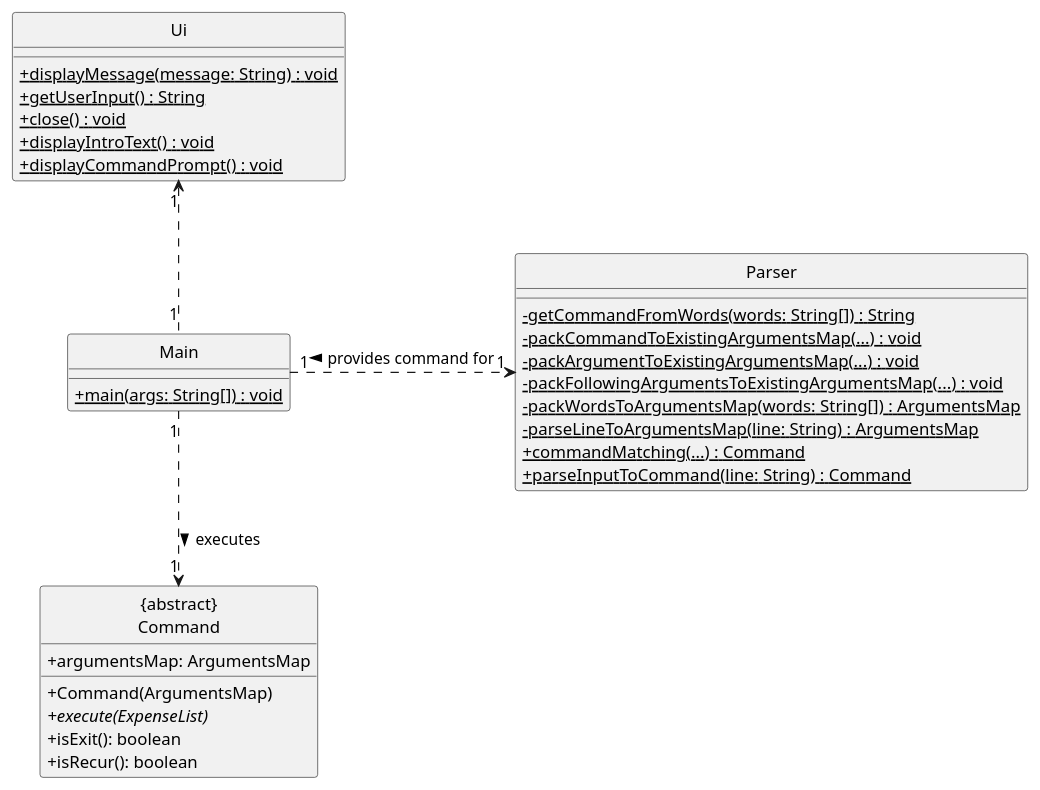
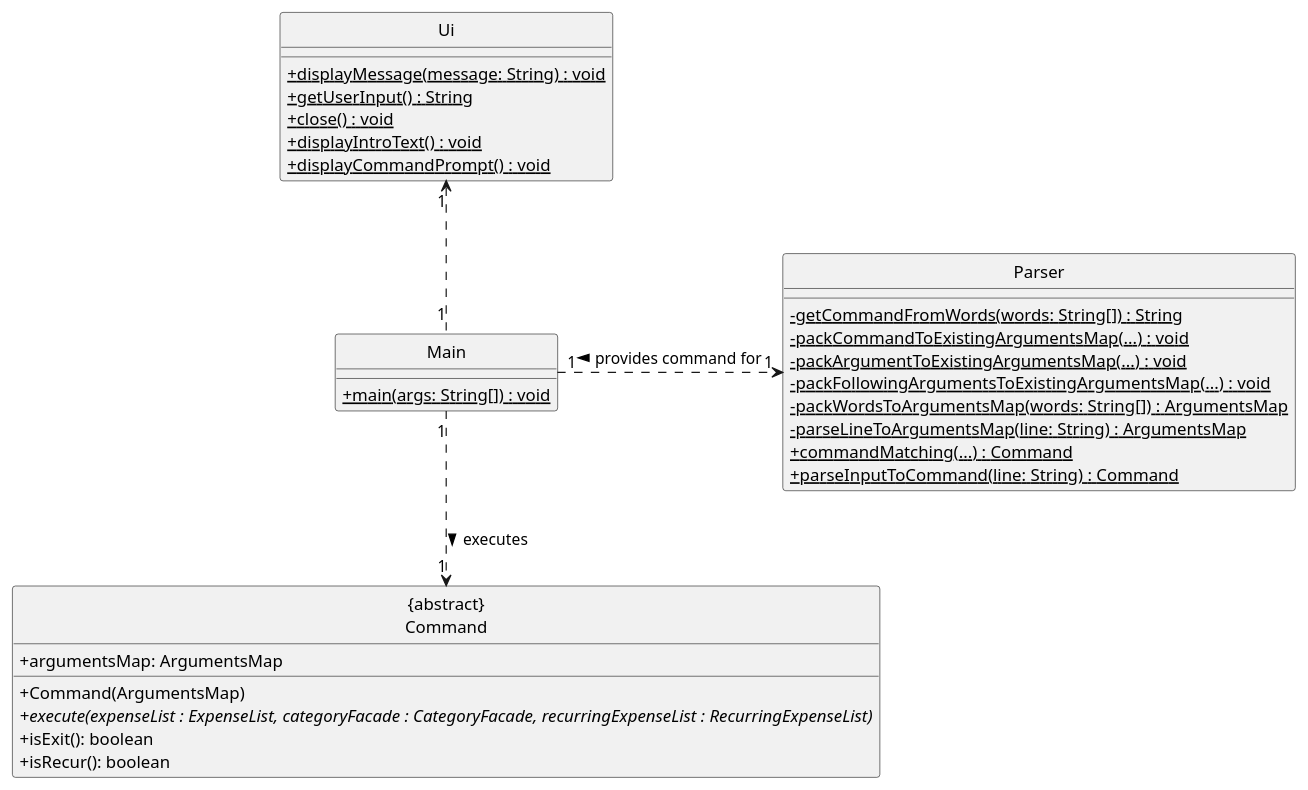
One commit to nus-cs2113-AY2425S1/tp changed the diagram in docs/diagrams/plantuml/UiToCommand.puml. Above: the diagram before and after it, drawn with PlantUML. The commit also changed 3 other files, not shown here.

```diff
--- a/docs/diagrams/plantuml/UiToCommand.puml
+++ b/docs/diagrams/plantuml/UiToCommand.puml
@@ -1,40 +1,40 @@
 @startuml
 skinparam classAttributeIconSize 0
 hide circle
 
 class Ui {
     +displayMessage(message: String) {static} : void
     +getUserInput() {static} : String
     +close() {static} : void
     +displayIntroText() {static} : void
     +displayCommandPrompt() {static} : void
 }
 
 class Main {
     +main(args: String[]) {static} : void
 }
 
 class Parser {
     -getCommandFromWords(words: String[]) {static} : String
     -packCommandToExistingArgumentsMap(...) {static} : void
     -packArgumentToExistingArgumentsMap(...) {static} : void
     -packFollowingArgumentsToExistingArgumentsMap(...) {static} : void
     -packWordsToArgumentsMap(words: String[]) {static} : ArgumentsMap
     -parseLineToArgumentsMap(line: String) {static} : ArgumentsMap
     +commandMatching(...) {static} : Command
     +parseInputToCommand(line: String) {static} : Command
 }
 
 class "{abstract}\nCommand" {
     +argumentsMap: ArgumentsMap
     +Command(ArgumentsMap)
-    +execute(ExpenseList) {abstract}
+    +execute(expenseList : ExpenseList, categoryFacade : CategoryFacade, recurringExpenseList : RecurringExpenseList) {abstract}
     +isExit(): boolean
     +isRecur(): boolean
 }
 
 
 Main "1" .up.> "1" Ui
 Main "1" .right.> "1" Parser : < provides command for
 Main "1" .down.> "1" "{abstract}\nCommand" : executes >
 @enduml
```
